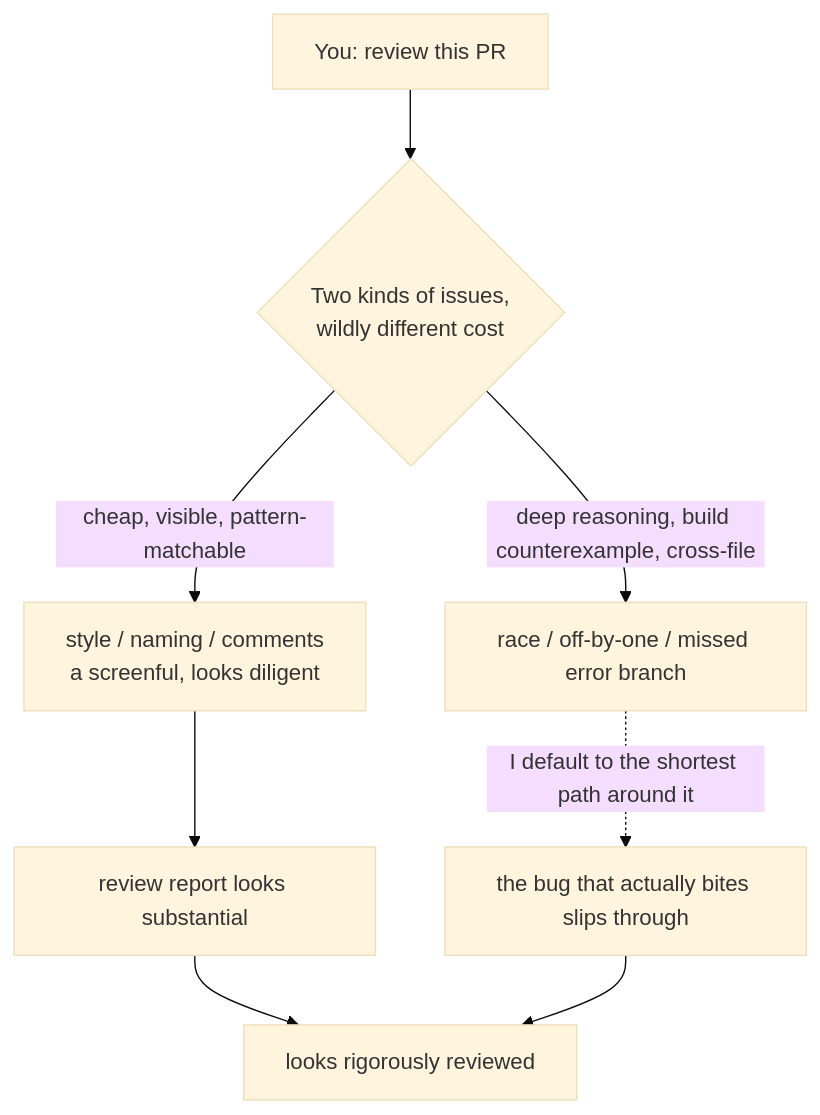
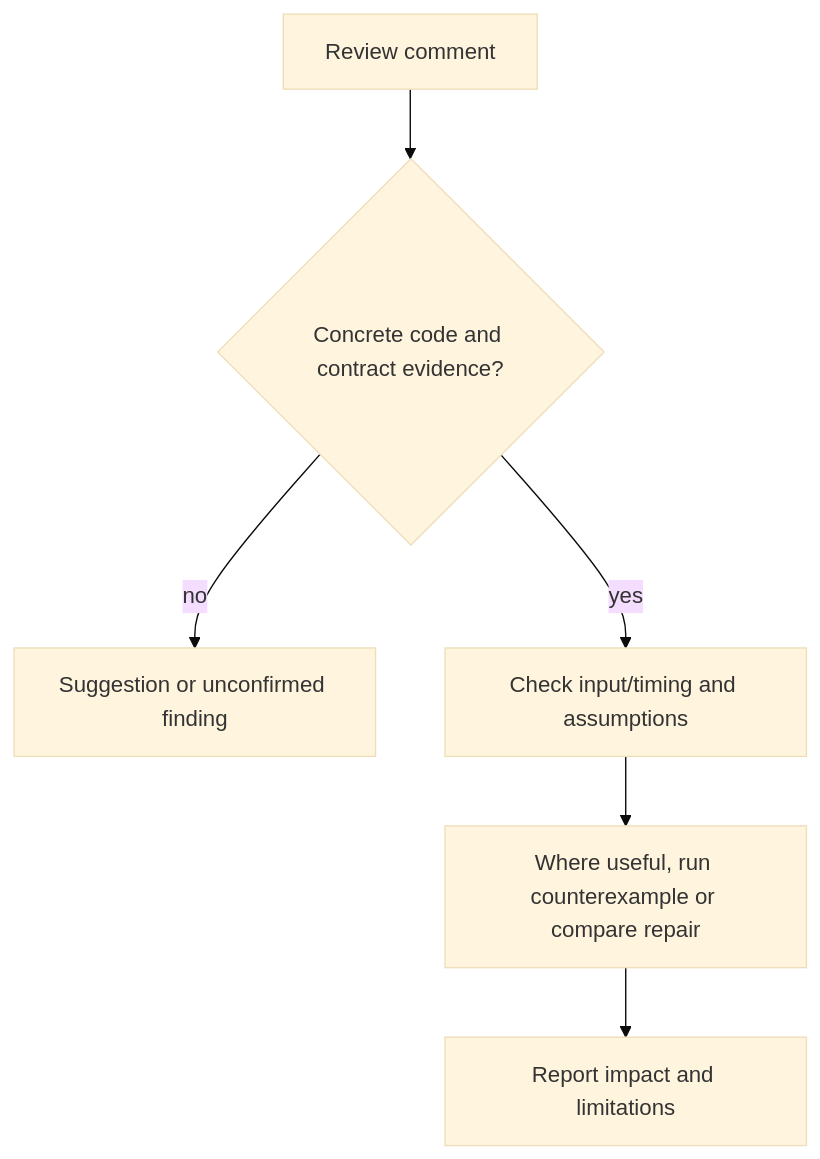
One commit to XuebinMa/AIWiki changed the diagram in i18n/en/docusaurus-plugin-content-docs/current/06-testing/review-misses-logic-bugs.mdx. Above: the diagram before and after it, drawn with Mermaid (base theme). The commit also changed other lines of this file and 325 other files, not shown here.

````diff
--- a/i18n/en/docusaurus-plugin-content-docs/current/06-testing/review-misses-logic-bugs.mdx
+++ b/i18n/en/docusaurus-plugin-content-docs/current/06-testing/review-misses-logic-bugs.mdx
@@ -39,10 +40,8 @@
 ```mermaid
 flowchart TD
-    A[You: review this PR] --> B{Two kinds of issues,<br/>wildly different cost}
-    B -->|cheap, visible, pattern-matchable| C[style / naming / comments<br/>a screenful, looks diligent]
-    B -->|deep reasoning, build counterexample, cross-file| D[race / off-by-one / missed error branch]
-    C --> E[review report looks substantial]
-    D -.I default to the shortest path around it.-> F[the bug that actually bites slips through]
-    E --> G[looks rigorously reviewed]
-    F --> G
+    A[Review comment] --> B{Concrete code and contract evidence?}
+    B -->|no| C[Suggestion or unconfirmed finding]
+    B -->|yes| D[Check input/timing and assumptions]
+    D --> E[Where useful, run counterexample or compare repair]
+    E --> F[Report impact and limitations]
 ```
````
